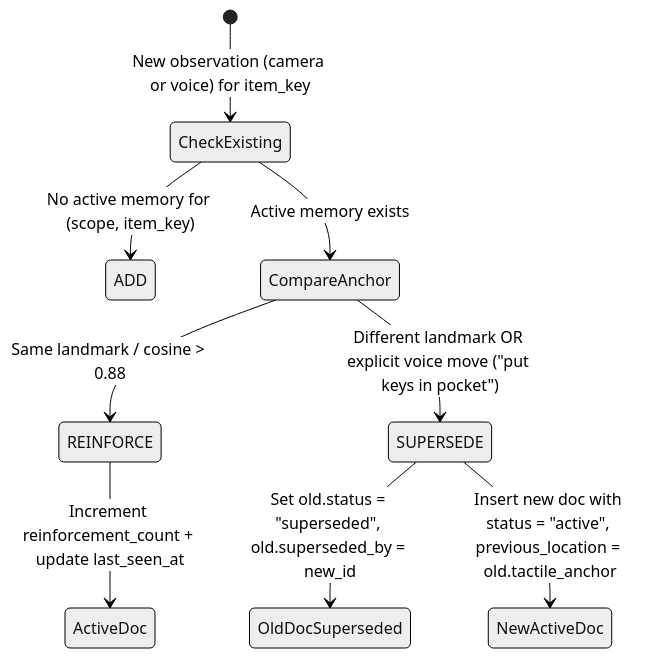
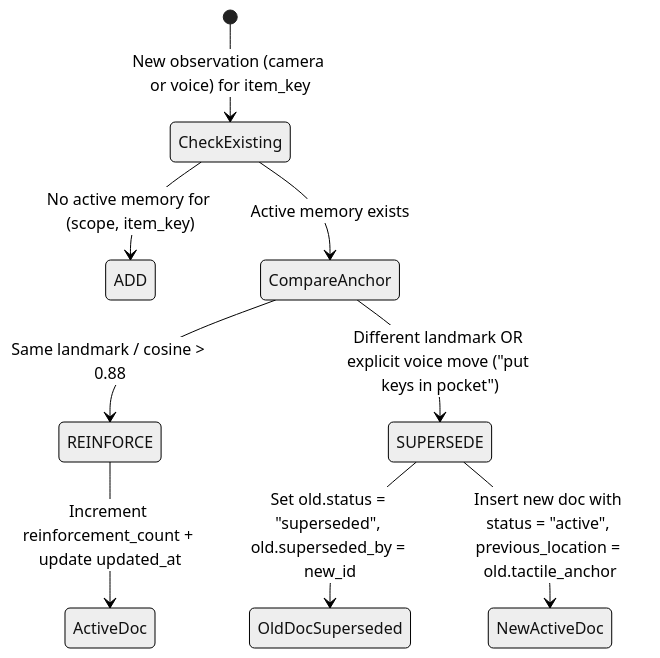
Before and after one commit to thisisvaze/mongodb-hack-project: the diagram in docs/02-mongodb-schema-and-governance.md, drawn with Mermaid (neutral theme). The commit also changed other lines of this file and 7 other files, not shown here.

First line of the commit message:
Align MongoDB schema and setup script with the API contract

````diff
--- a/docs/02-mongodb-schema-and-governance.md
+++ b/docs/02-mongodb-schema-and-governance.md
@@ -185,11 +261,11 @@
 ```mermaid
 stateDiagram-v2
   [*] --> CheckExisting: New observation (camera or voice) for item_key
   CheckExisting --> ADD: No active memory for (scope, item_key)
   CheckExisting --> CompareAnchor: Active memory exists
   CompareAnchor --> REINFORCE: Same landmark / cosine > 0.88
   CompareAnchor --> SUPERSEDE: Different landmark OR explicit voice move ("put keys in pocket")
-  REINFORCE --> ActiveDoc: Increment reinforcement_count + update last_seen_at
+  REINFORCE --> ActiveDoc: Increment reinforcement_count + update updated_at
   SUPERSEDE --> OldDocSuperseded: Set old.status = "superseded", old.superseded_by = new_id
   SUPERSEDE --> NewActiveDoc: Insert new doc with status = "active", previous_location = old.tactile_anchor
 ```
````
